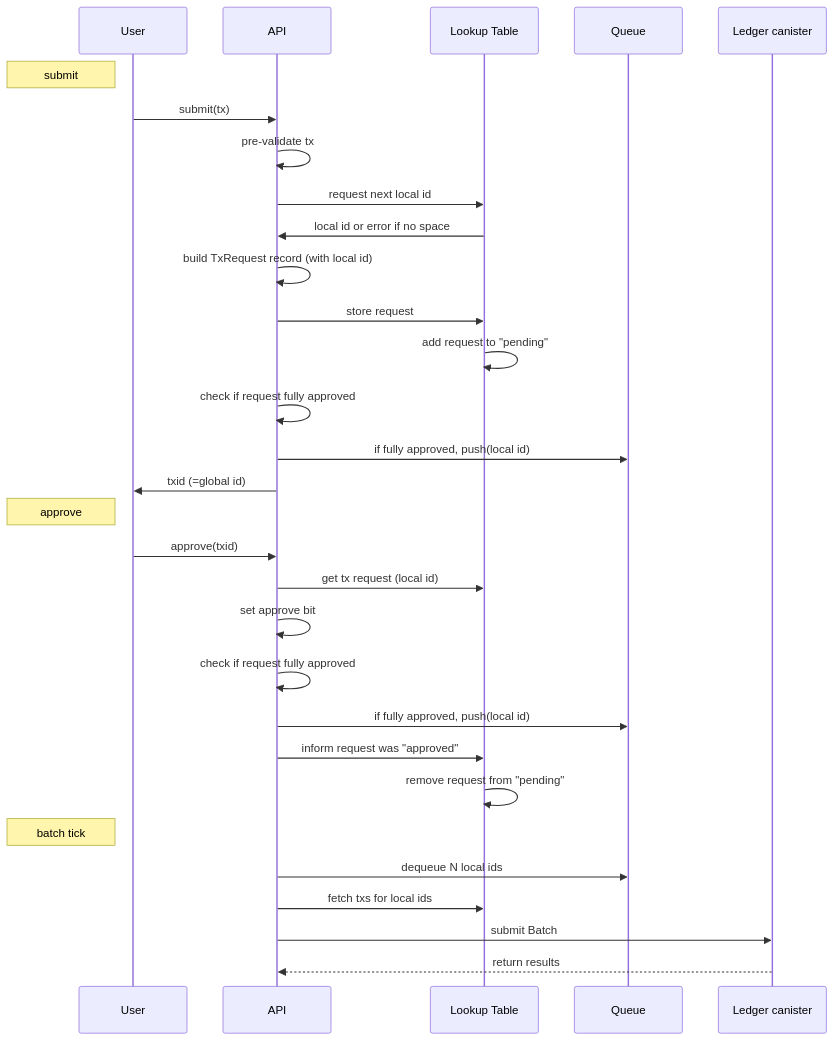
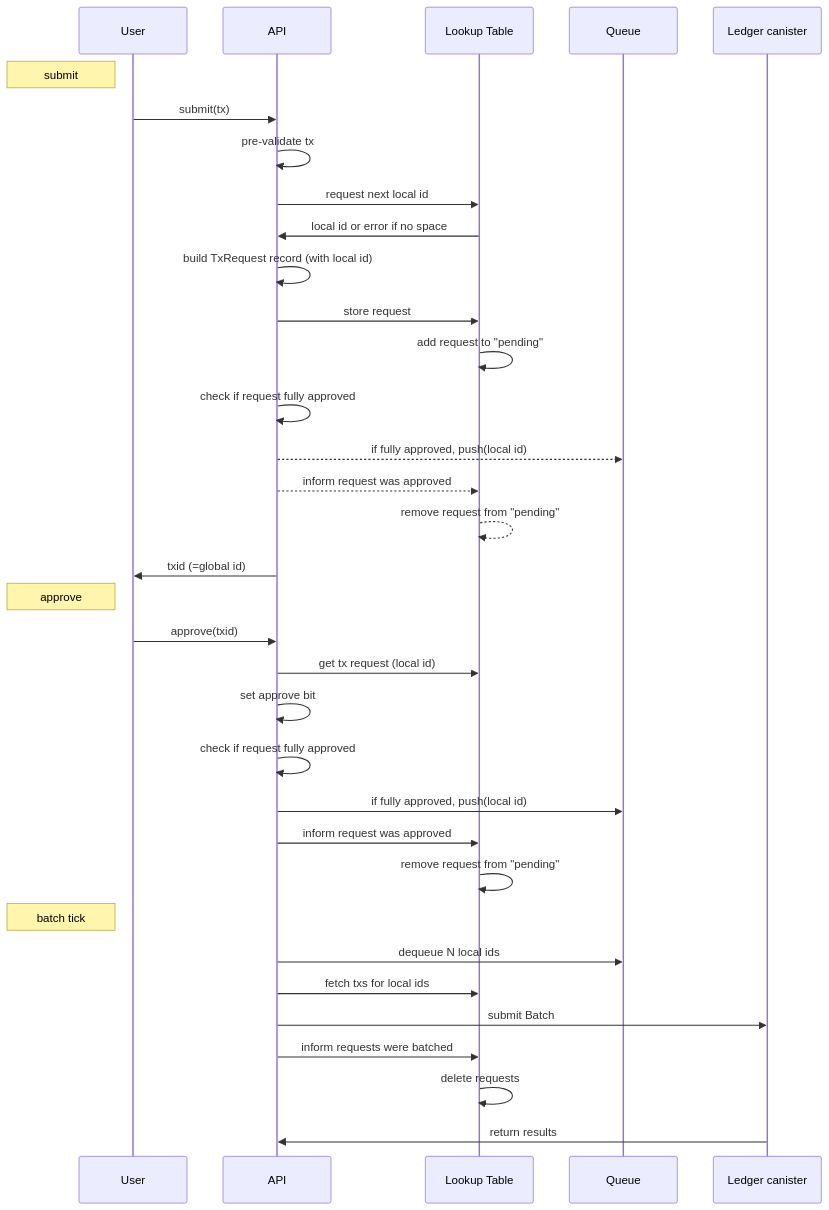
The first of 2 diagrams in README.md (research-ag/hpl), drawn with Mermaid before and after one commit.

````diff
--- a/README.md
+++ b/README.md
@@ -26,27 +26,31 @@
 ```mermaid
 sequenceDiagram
     Note left of User: submit
     User->>API: submit(tx)
     API->>API: pre-validate tx 
     API->>Lookup Table: request next local id
     Lookup Table->>API: local id or error if no space
     API->>API: build TxRequest record (with local id)
     API->>Lookup Table: store request
     Lookup Table->>Lookup Table: add request to "pending"
     API->>API: check if request fully approved
-    API->>Queue: if fully approved, push(local id)
+    API-->>Queue: if fully approved, push(local id)
+    API-->>Lookup Table: inform request was approved
+    Lookup Table-->>Lookup Table: remove request from "pending"
     API->>User: txid (=global id) 
     Note left of User: approve
     User->>API: approve(txid)
     API->>Lookup Table: get tx request (local id) 
     API->>API: set approve bit
     API->>API: check if request fully approved
     API->>Queue: if fully approved, push(local id)
-    API->>Lookup Table: inform request was "approved"
+    API->>Lookup Table: inform request was approved
     Lookup Table->>Lookup Table: remove request from "pending"
     Note left of User: batch tick
     API->>Queue: dequeue N local ids
     API->>Lookup Table: fetch txs for local ids
     API->>Ledger canister: submit Batch
-    Ledger canister-->>API: return results
+    API->>Lookup Table: inform requests were batched
+    Lookup Table->>Lookup Table: delete requests
+    Ledger canister->>API: return results
 ```
````
